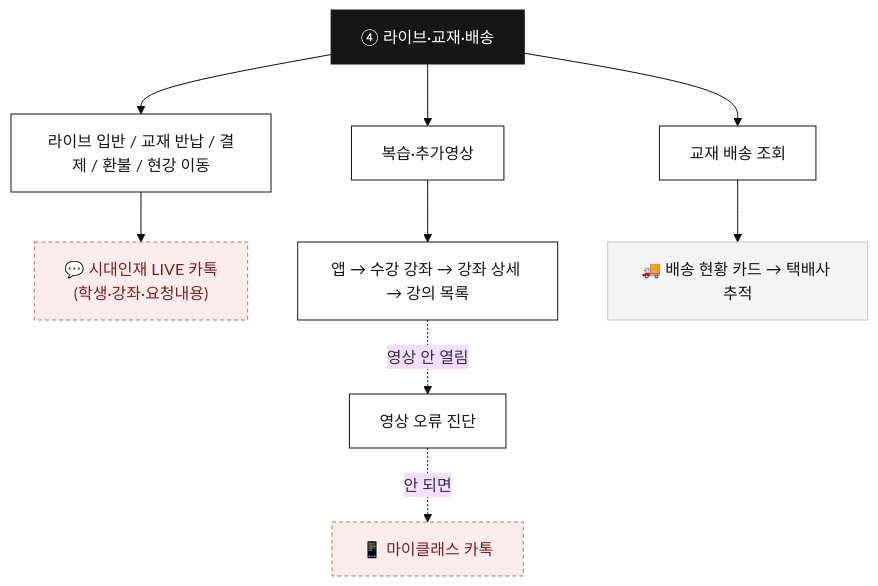
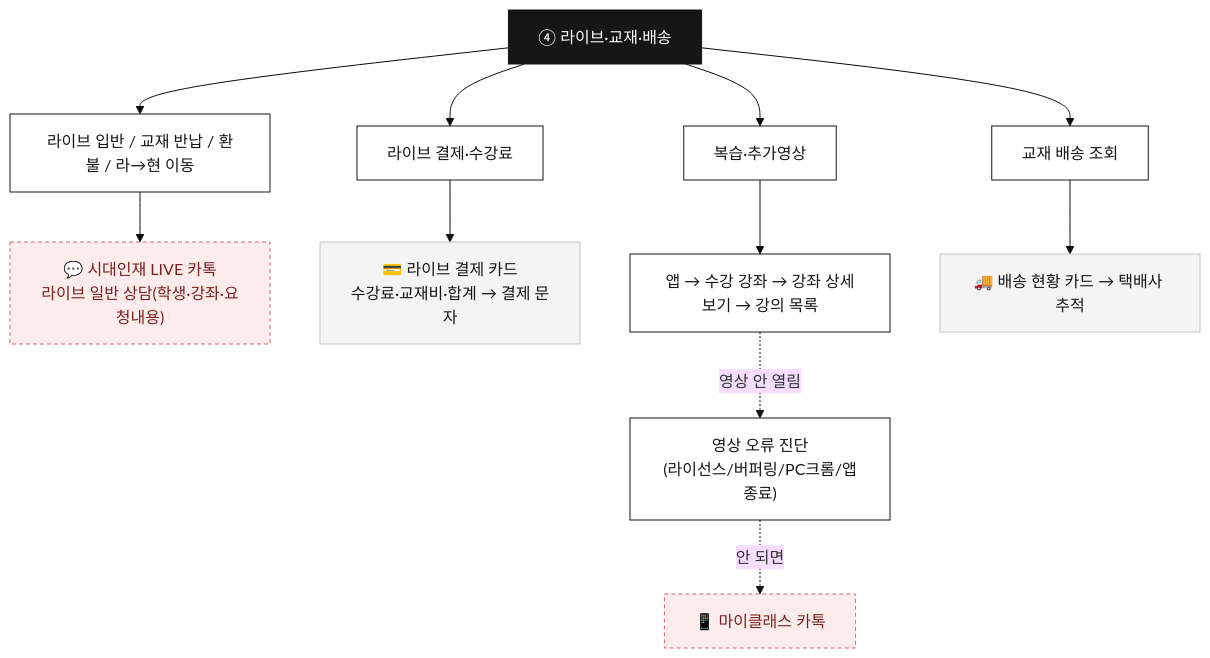
One commit to layr8x/Wiki changed the seventh of 12 diagrams in analysis/myclass-chatbot/SCENARIO_PLAN.md. Above: the diagram before and after it, drawn with Mermaid (base theme). The commit also changed other lines of this file and 8 other files, not shown here.

````diff
--- a/analysis/myclass-chatbot/SCENARIO_PLAN.md
+++ b/analysis/myclass-chatbot/SCENARIO_PLAN.md
@@ -202,18 +204,20 @@
 ```mermaid
 flowchart TD
   D["④ 라이브·교재·배송"]:::menu
-  D --> D1["라이브 입반 / 교재 반납 / 결제 / 환불 / 현강 이동"]:::step
+  D --> D1["라이브 입반 / 교재 반납 / 환불 / 라→현 이동"]:::step
+  D --> D4["라이브 결제·수강료"]:::step
   D --> D2["복습·추가영상"]:::step
   D --> D3["교재 배송 조회"]:::step
 
-  D1 --> CL["💬 시대인재 LIVE 카톡<br/>(학생·강좌·요청내용)"]:::hand
-  D2 --> D2a["앱 → 수강 강좌 → 강좌 상세 → 강의 목록"]:::step
-  D2a -.영상 안 열림.-> VID["영상 오류 진단"]:::step
+  D1 --> CL["💬 시대인재 LIVE 카톡<br/>라이브 일반 상담(학생·강좌·요청내용)"]:::hand
+  D4 --> D4c["💳 라이브 결제 카드<br/>수강료·교재비·합계 → 결제 문자"]:::card
+  D2 --> D2a["앱 → 수강 강좌 → 강좌 상세보기 → 강의 목록"]:::step
+  D2a -.영상 안 열림.-> VID["영상 오류 진단<br/>(라이선스/버퍼링/PC크롬/앱종료)"]:::step
   VID -.안 되면.-> CT["📱 마이클래스 카톡"]:::hand
   D3 --> D3c["🚚 배송 현황 카드 → 택배사 추적"]:::card
 
   classDef menu fill:#161616,color:#ffffff,stroke:#161616;
   classDef step fill:#ffffff,color:#161616,stroke:#161616;
   classDef card fill:#f4f4f4,color:#161616,stroke:#c6c6c6;
   classDef hand fill:#fdecec,color:#7a1f1f,stroke:#d06a6a,stroke-dasharray:4 3;
 ```
````
